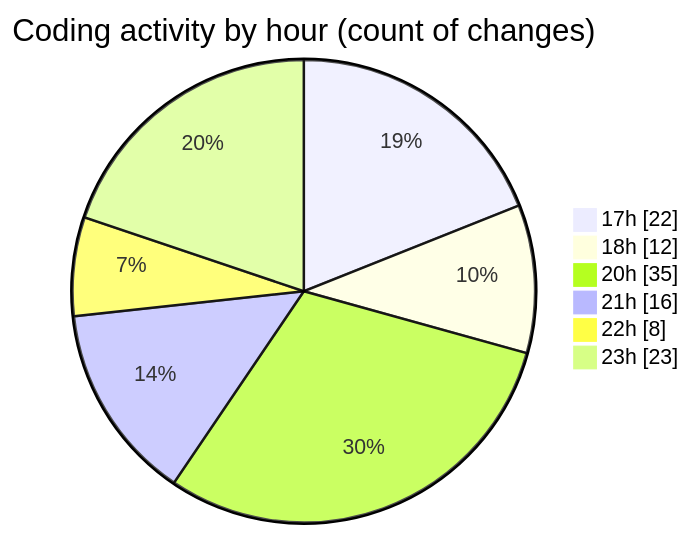
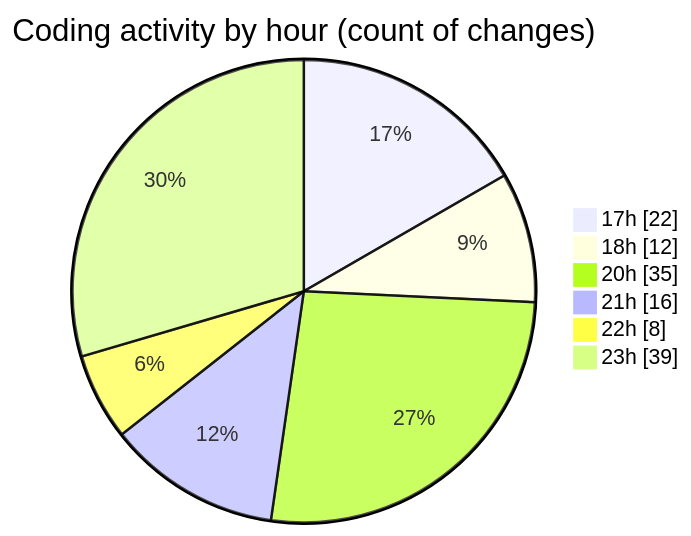
Before and after one commit to Netris89/code-tracking: the second of 2 diagrams in 2025-10-30/skintrack/README.md, drawn with Mermaid. The commit also changed other lines of this file and 1 other file, not shown here.

````diff
--- a/2025-10-30/skintrack/README.md
+++ b/2025-10-30/skintrack/README.md
@@ -38,10 +38,10 @@
 ```mermaid
 pie showData
 title Coding activity by hour (count of changes)
 "17h" : 22
 "18h" : 12
 "20h" : 35
 "21h" : 16
 "22h" : 8
-"23h" : 23
+"23h" : 39
 ```
````
